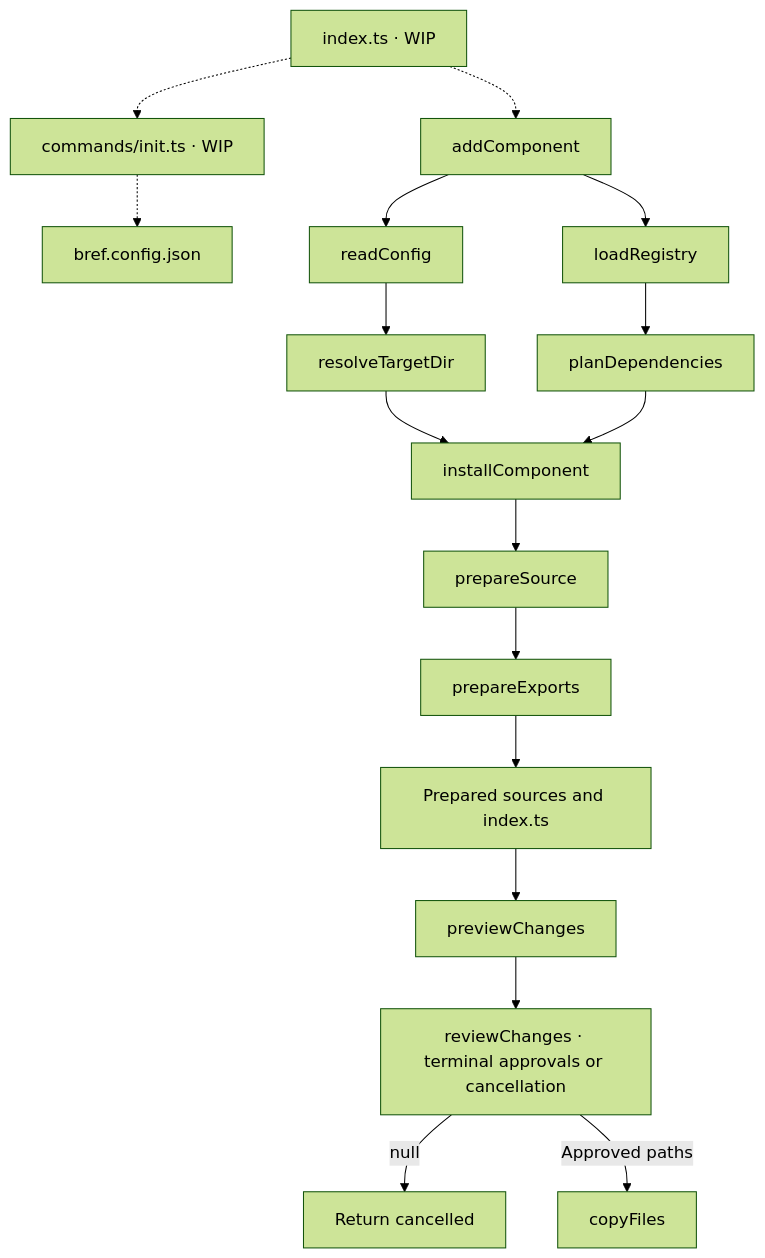
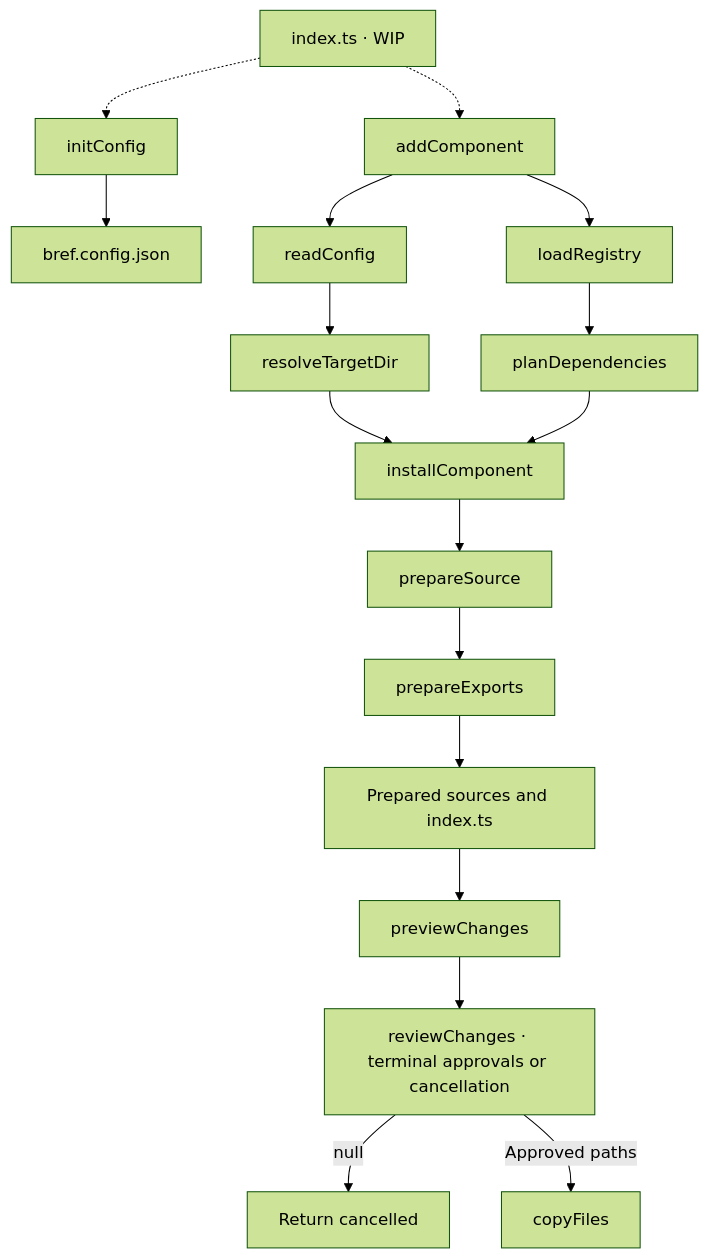
One commit to feuersteiner/bref-ui changed the diagram in cli/README.md. Above: the diagram before and after it, drawn with Mermaid (forest theme). The commit also changed other lines of this file and 2 other files, not shown here.

Commit message:
feat: update README and init command documentation; implement initConfig function

````diff
--- a/cli/README.md
+++ b/cli/README.md
@@ -13,19 +13,19 @@
 ```mermaid
 flowchart TD
-    entry["index.ts · WIP"] -.-> init["commands/init.ts · WIP"]
+    entry["index.ts · WIP"] -.-> init["initConfig"]
     entry -.-> add["addComponent"]
-    init -.-> config["bref.config.json"]
+    init --> config["bref.config.json"]
     add --> read["readConfig"]
     read --> resolve["resolveTargetDir"]
     add --> load["loadRegistry"]
     load --> plan["planDependencies"]
     resolve --> install["installComponent"]
     plan --> install
     install --> prepare["prepareSource"]
     prepare --> exports["prepareExports"]
     exports --> files["Prepared sources and index.ts"]
     files --> preview["previewChanges"]
     preview --> decisions["reviewChanges · terminal approvals or cancellation"]
     decisions -->|null| cancel["Return cancelled"]
     decisions -->|Approved paths| copy["copyFiles"]
 ```
````
